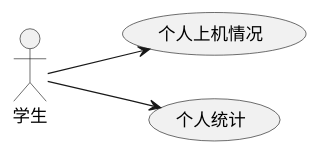
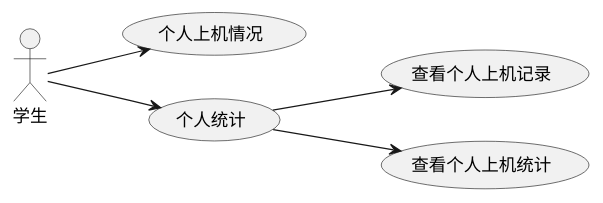
Before and after one commit to BuMingSuooYi/ComputerRoomMangement-Backend: the diagram in src/main/resources/用例图/Student.puml, drawn with PlantUML. The commit also changed 2 other files, not shown here.

Commit message:
The use case diagram was refined and the activity diagram of the system administrator and students was modified

```diff
--- a/src/main/resources/用例图/Student.puml
+++ b/src/main/resources/用例图/Student.puml
@@ -1,10 +1,14 @@
 @startuml
 left to right direction
 actor 学生
 usecase 个人上机情况
 usecase 个人统计
 
 学生 -->个人上机情况
+
 学生 -->个人统计
-
+usecase 查看个人上机记录
+usecase 查看个人上机统计
+个人统计 -->查看个人上机记录
+个人统计 -->查看个人上机统计
 @enduml
```
